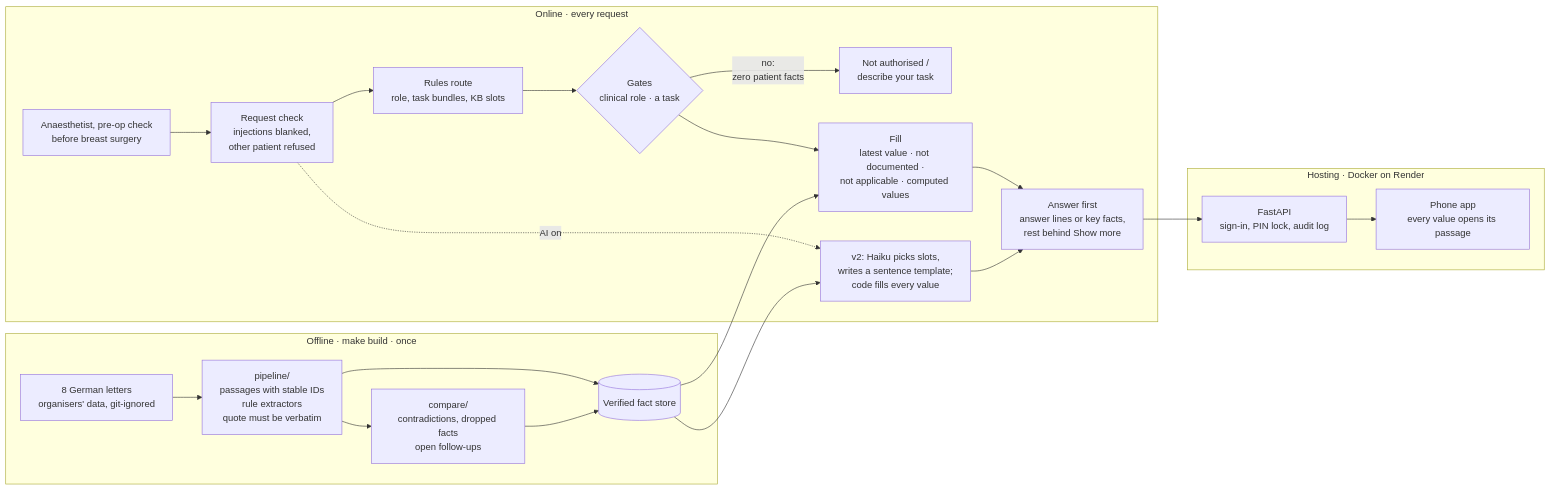
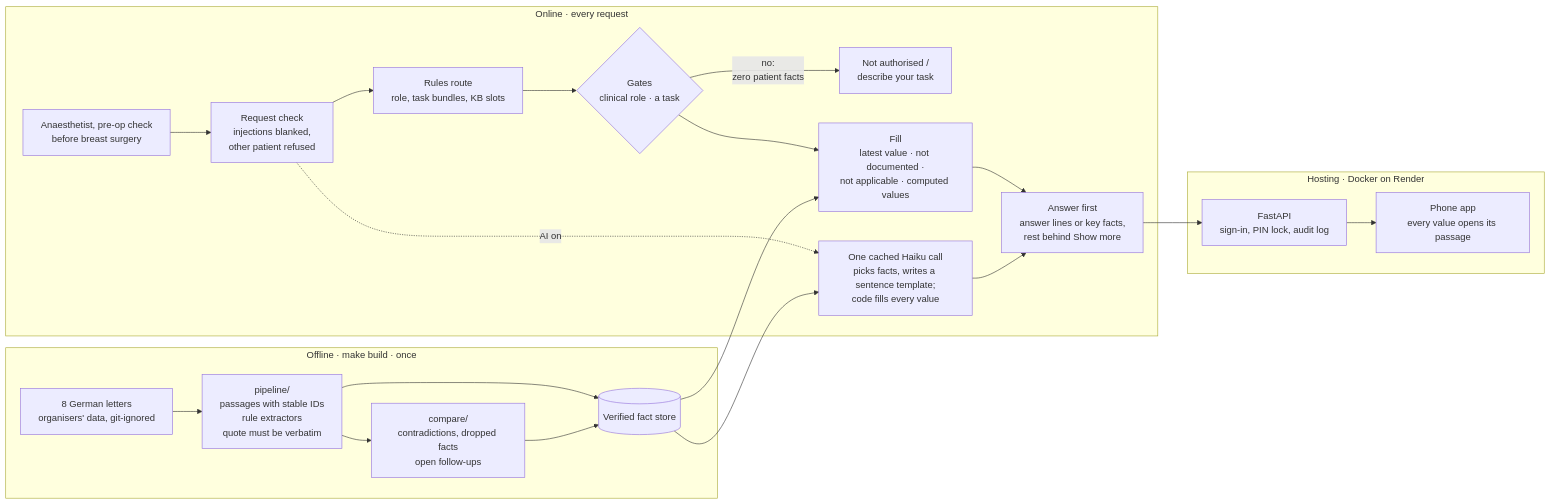
One commit to omarjku/Mixymatchy changed the diagram in README.md. Above: the diagram before and after it, drawn with Mermaid. The commit also changed other lines of this file, not shown here.

First line of the commit message:
README: describe the v3 one-call AI answer (DECISIONS 24)

````diff
--- a/README.md
+++ b/README.md
@@ -87,25 +87,25 @@
 ```mermaid
 flowchart LR
     subgraph OFF["Offline · make build · once"]
         L["8 German letters<br/>organisers' data, git-ignored"] --> P["pipeline/<br/>passages with stable IDs<br/>rule extractors<br/>quote must be verbatim"]
         P --> C["compare/<br/>contradictions, dropped facts<br/>open follow-ups"]
         P --> FS[("Verified fact store")]
         C --> FS
     end
     subgraph ON["Online · every request"]
         Q["Anaesthetist, pre-op check<br/>before breast surgery"] --> RQ["Request check<br/>injections blanked,<br/>other patient refused"]
         RQ --> R["Rules route<br/>role, task bundles, KB slots"]
         R --> G{"Gates<br/>clinical role · a task"}
         G -- "no:<br/>zero patient facts" --> X["Not authorised /<br/>describe your task"]
         G --> F["Fill<br/>latest value · not documented ·<br/>not applicable · computed values"]
         FS --> F
         F --> A["Answer first<br/>answer lines or key facts,<br/>rest behind Show more"]
-        RQ -. "AI on" .-> V2["v2: Haiku picks slots,<br/>writes a sentence template;<br/>code fills every value"]
+        RQ -. "AI on" .-> V2["One cached Haiku call<br/>picks facts, writes a sentence template;<br/>code fills every value"]
         FS --> V2
         V2 --> A
     end
     subgraph HOST["Hosting · Docker on Render"]
         A --> API["FastAPI<br/>sign-in, PIN lock, audit log"]
         API --> APP["Phone app<br/>every value opens its passage"]
     end
 ```
````
